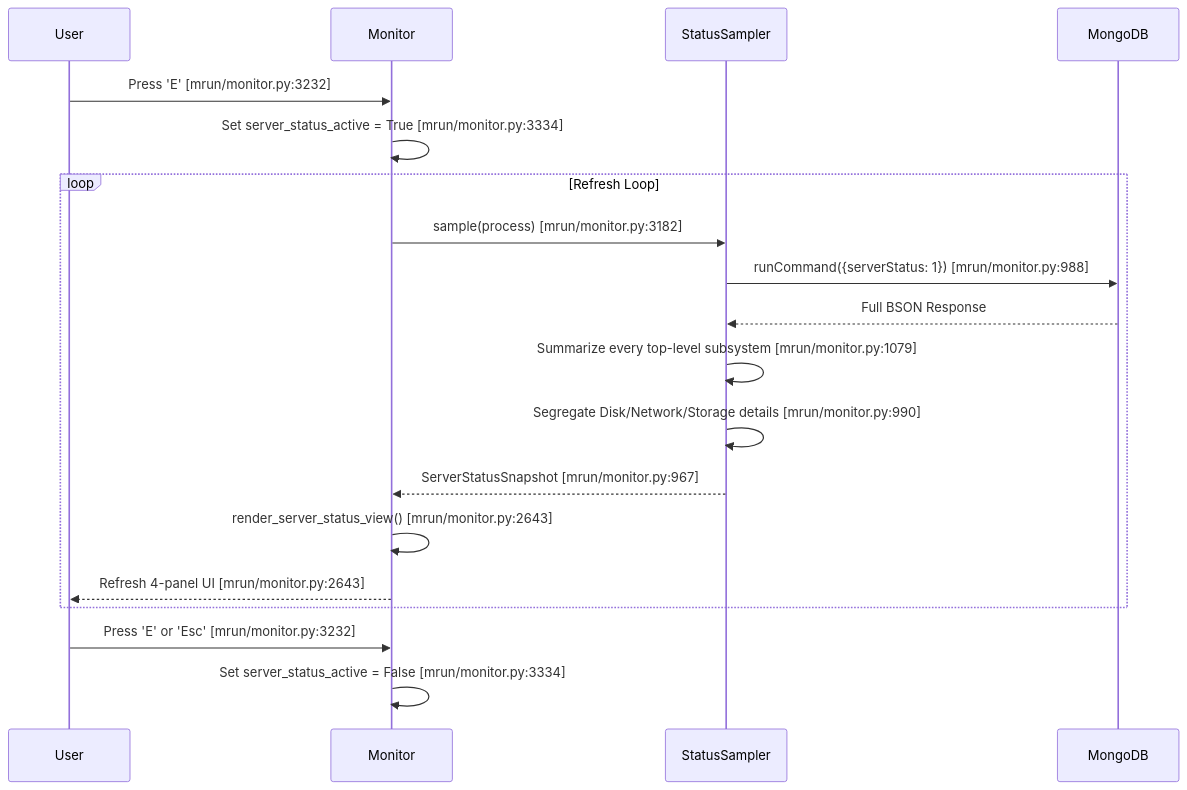
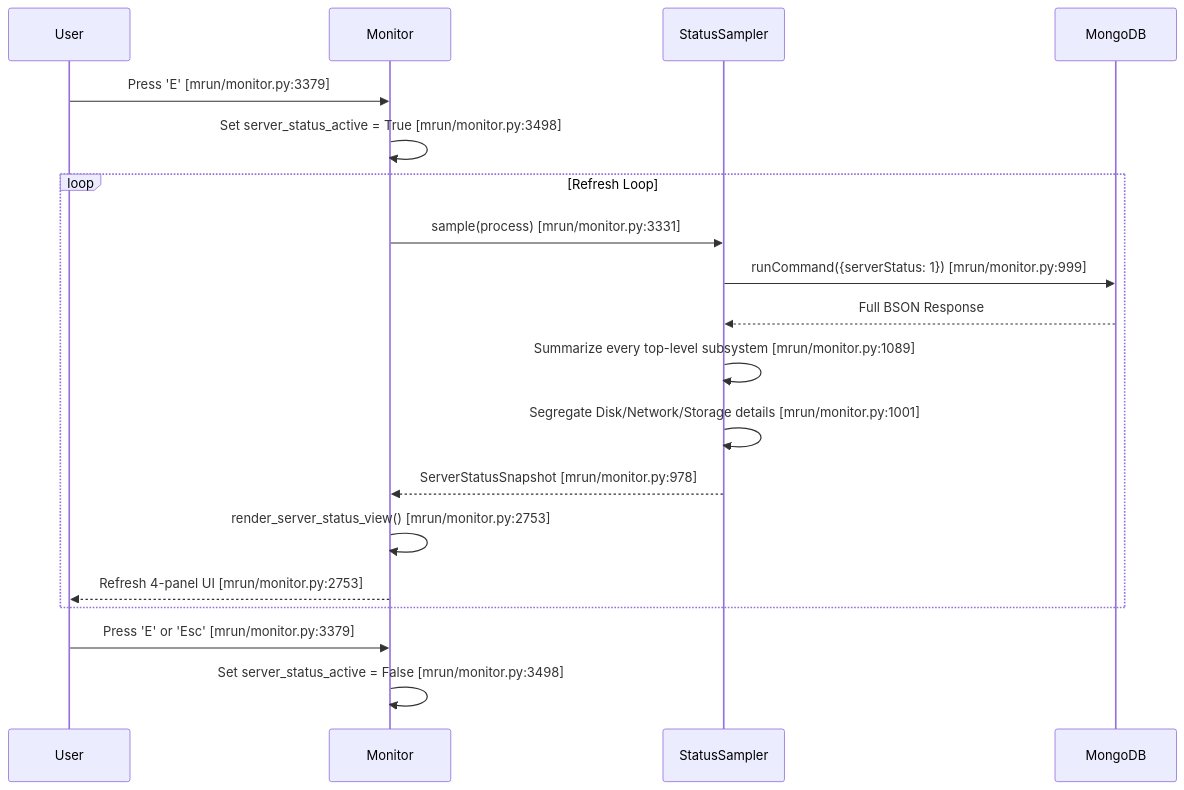
The fifth of 12 diagrams in doc/feature-monitor-guide.md (mongodb/mlaunch), drawn with Mermaid before and after one commit. The commit also changed other lines of this file and 4 other files, not shown here.

````diff
--- a/doc/feature-monitor-guide.md
+++ b/doc/feature-monitor-guide.md
@@ -465,22 +506,22 @@
 ```mermaid
 sequenceDiagram
     participant User
     participant Monitor
     participant StatusSampler
     participant Mongo as MongoDB
 
-    User->>Monitor: Press 'E' [mrun/monitor.py:3232]
-    Monitor->>Monitor: Set server_status_active = True [mrun/monitor.py:3334]
+    User->>Monitor: Press 'E' [mrun/monitor.py:3379]
+    Monitor->>Monitor: Set server_status_active = True [mrun/monitor.py:3498]
     loop Refresh Loop
-        Monitor->>StatusSampler: sample(process) [mrun/monitor.py:3182]
-        StatusSampler->>Mongo: runCommand({serverStatus: 1}) [mrun/monitor.py:988]
+        Monitor->>StatusSampler: sample(process) [mrun/monitor.py:3331]
+        StatusSampler->>Mongo: runCommand({serverStatus: 1}) [mrun/monitor.py:999]
         Mongo-->>StatusSampler: Full BSON Response
-        StatusSampler->>StatusSampler: Summarize every top-level subsystem [mrun/monitor.py:1079]
-        StatusSampler->>StatusSampler: Segregate Disk/Network/Storage details [mrun/monitor.py:990]
-        StatusSampler-->>Monitor: ServerStatusSnapshot [mrun/monitor.py:967]
-        Monitor->>Monitor: render_server_status_view() [mrun/monitor.py:2643]
-        Monitor-->>User: Refresh 4-panel UI [mrun/monitor.py:2643]
+        StatusSampler->>StatusSampler: Summarize every top-level subsystem [mrun/monitor.py:1089]
+        StatusSampler->>StatusSampler: Segregate Disk/Network/Storage details [mrun/monitor.py:1001]
+        StatusSampler-->>Monitor: ServerStatusSnapshot [mrun/monitor.py:978]
+        Monitor->>Monitor: render_server_status_view() [mrun/monitor.py:2753]
+        Monitor-->>User: Refresh 4-panel UI [mrun/monitor.py:2753]
     end
-    User->>Monitor: Press 'E' or 'Esc' [mrun/monitor.py:3232]
-    Monitor->>Monitor: Set server_status_active = False [mrun/monitor.py:3334]
+    User->>Monitor: Press 'E' or 'Esc' [mrun/monitor.py:3379]
+    Monitor->>Monitor: Set server_status_active = False [mrun/monitor.py:3498]
 ```
````
